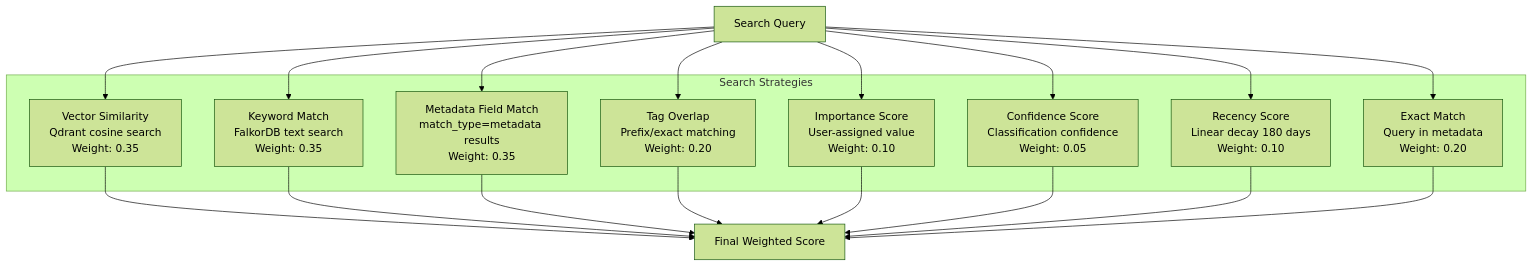
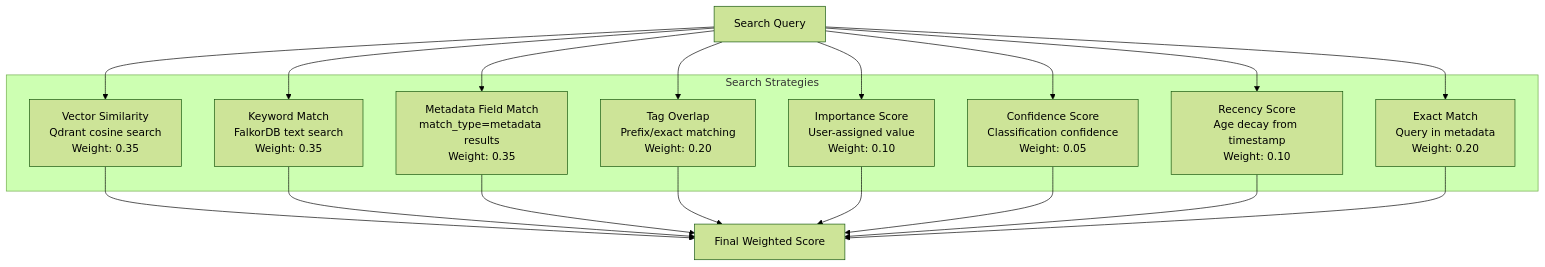
The second of 3 diagrams in src/content/docs/docs/core-concepts/hybrid-search.md (verygoodplugins/automem-website), drawn with Mermaid (forest theme) before and after one commit. The commit also changed other lines of this file and 1 other file, not shown here.

First line of the commit message:
docs: correct hybrid search scoring formula, normalization, and recency (#390)

````diff
--- a/src/content/docs/docs/core-concepts/hybrid-search.md
+++ b/src/content/docs/docs/core-concepts/hybrid-search.md
@@ -67,35 +67,35 @@
 ```mermaid
 graph TB
     Query["Search Query"]
 
     subgraph "Search Strategies"
         Vector["Vector Similarity<br/>Qdrant cosine search<br/>Weight: 0.35"]
         Keyword["Keyword Match<br/>FalkorDB text search<br/>Weight: 0.35"]
         Metadata["Metadata Field Match<br/>match_type=metadata results<br/>Weight: 0.35"]
         Tag["Tag Overlap<br/>Prefix/exact matching<br/>Weight: 0.20"]
         Importance["Importance Score<br/>User-assigned value<br/>Weight: 0.10"]
         Confidence["Confidence Score<br/>Classification confidence<br/>Weight: 0.05"]
-        Recency["Recency Score<br/>Linear decay 180 days<br/>Weight: 0.10"]
+        Recency["Recency Score<br/>Age decay from timestamp<br/>Weight: 0.10"]
         Exact["Exact Match<br/>Query in metadata<br/>Weight: 0.20"]
     end
 
     Result["Final Weighted Score"]
 
     Query --> Vector
     Query --> Keyword
     Query --> Metadata
     Query --> Tag
     Query --> Importance
     Query --> Confidence
     Query --> Recency
     Query --> Exact
 
     Vector --> Result
     Keyword --> Result
     Metadata --> Result
     Tag --> Result
     Importance --> Result
     Confidence --> Result
     Recency --> Result
     Exact --> Result
 ```
````
